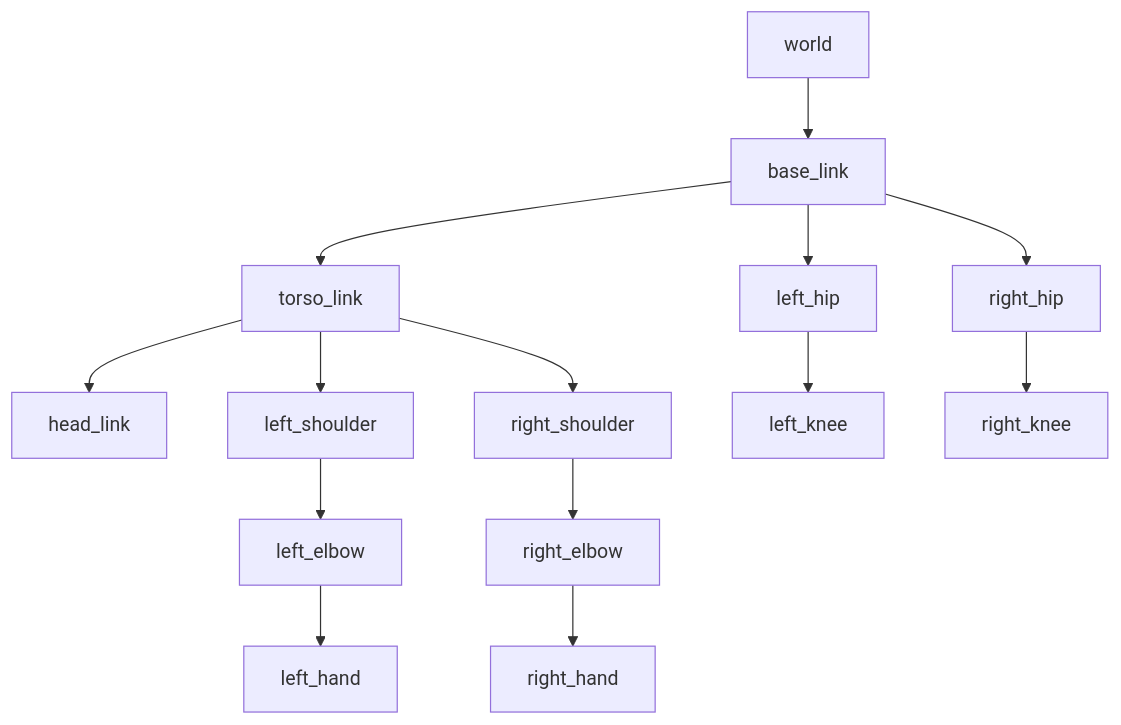
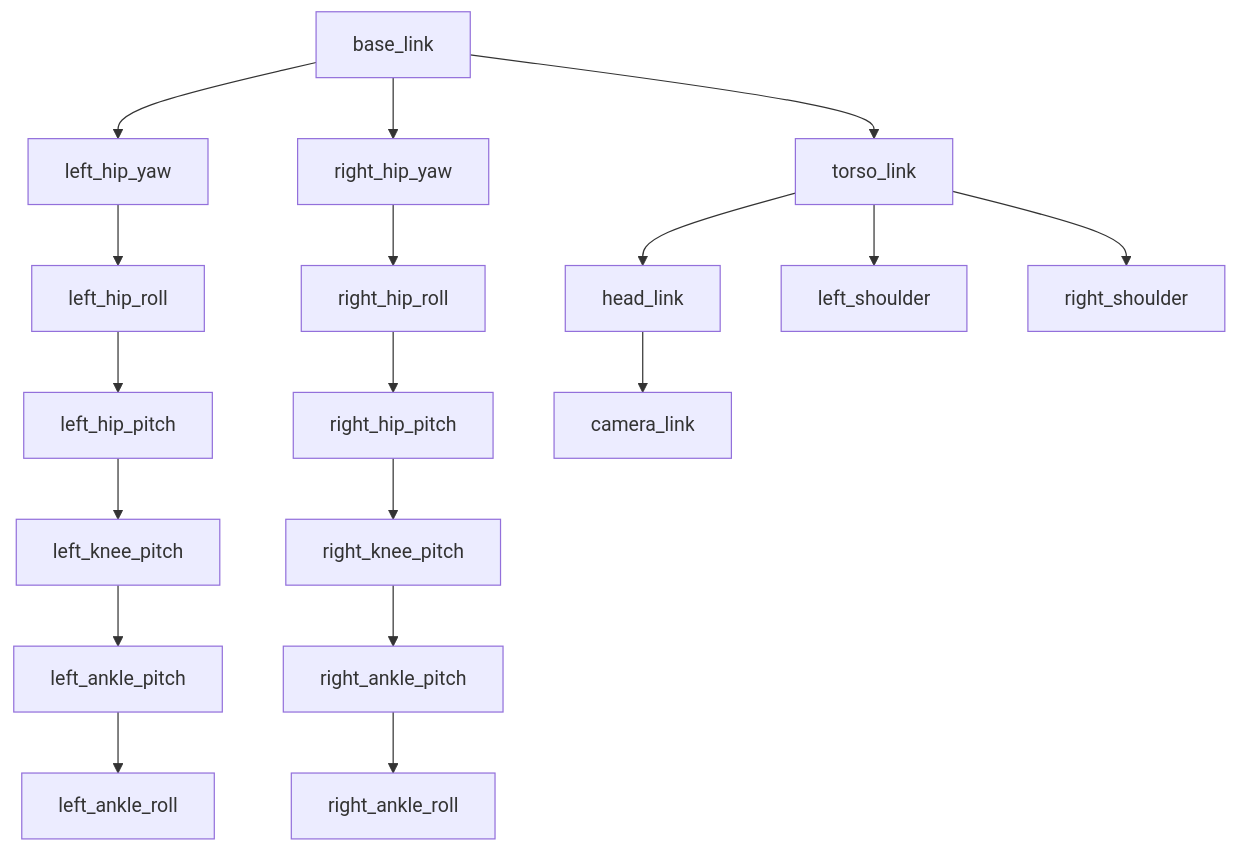
Before and after one commit to Irshadulhaqai/Physical-AI-Humanoid-Robotics-Textbook: the second of 2 diagrams in my-website/docs/module-1/urdf-basics.md, drawn with Mermaid. The commit also changed other lines of this file and 24 other files, not shown here.

````diff
--- a/my-website/docs/module-1/urdf-basics.md
+++ b/my-website/docs/module-1/urdf-basics.md
@@ -207,16 +210,20 @@
 ```mermaid
 flowchart TB
-    A[world] --> B[base_link]
-    B --> C[torso_link]
-    C --> D[head_link]
-    C --> E[left_shoulder]
-    E --> F[left_elbow]
-    F --> G[left_hand]
-    C --> H[right_shoulder]
-    H --> I[right_elbow]
-    I --> J[right_hand]
-    B --> K[left_hip]
-    K --> L[left_knee]
-    B --> M[right_hip]
-    M --> N[right_knee]
+    A[base_link] --> B[left_hip_yaw]
+    B --> C[left_hip_roll]
+    C --> D[left_hip_pitch]
+    D --> E[left_knee_pitch]
+    E --> F[left_ankle_pitch]
+    F --> G[left_ankle_roll]
+    A --> H[right_hip_yaw]
+    H --> I[right_hip_roll]
+    I --> J[right_hip_pitch]
+    J --> K[right_knee_pitch]
+    K --> L[right_ankle_pitch]
+    L --> M[right_ankle_roll]
+    A --> N[torso_link]
+    N --> O[head_link]
+    O --> P[camera_link]
+    N --> Q[left_shoulder]
+    N --> R[right_shoulder]
 ```
````
